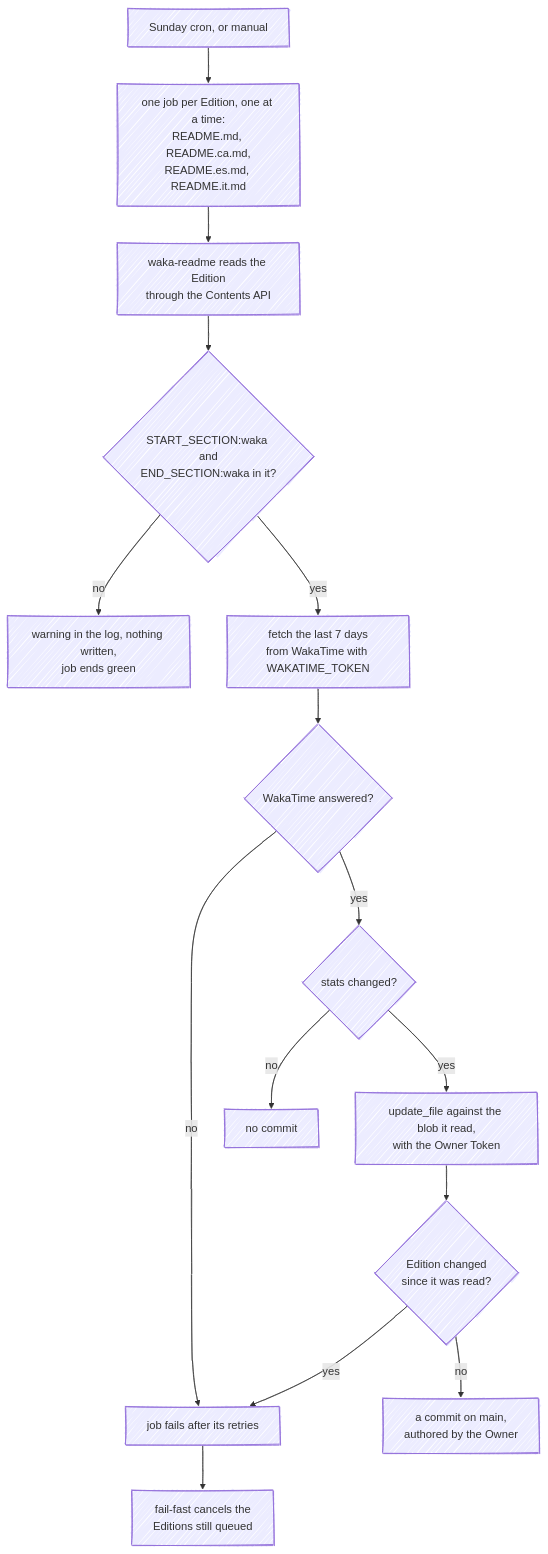
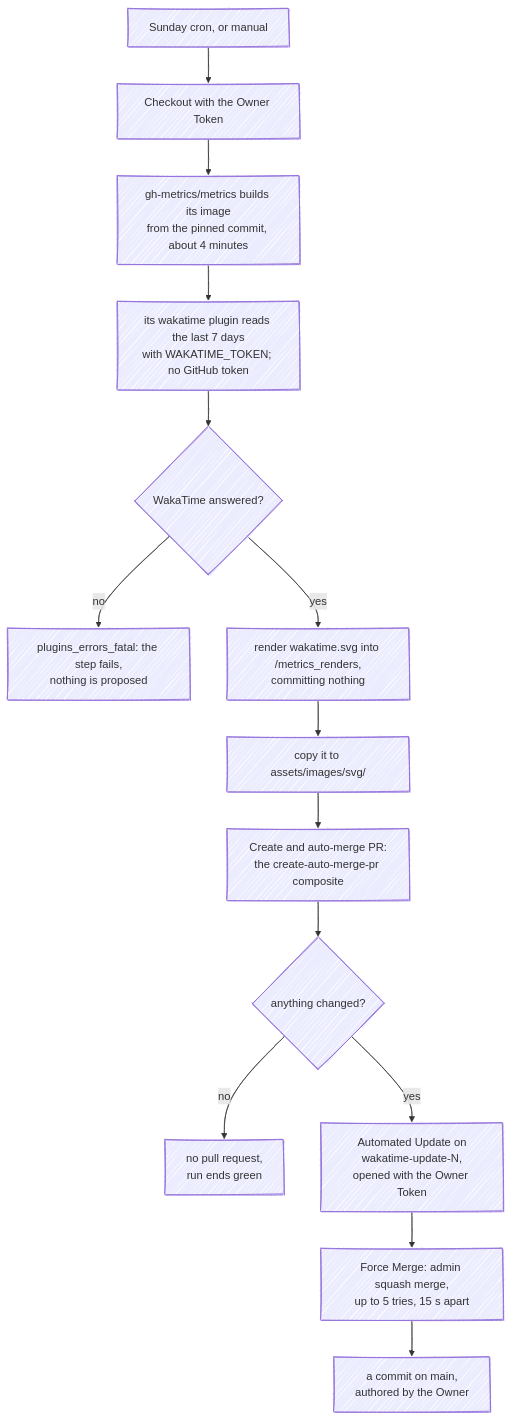
Before and after one commit to fbuireu/fbuireu: the third of 9 diagrams in ARCHITECTURE.md, drawn with Mermaid. The commit also changed other lines of this file and 14 other files, not shown here.

First line of the commit message:
feat: show the WakaTime week as a metrics card instead of waka-readme's language list

````diff
--- a/ARCHITECTURE.md
+++ b/ARCHITECTURE.md
@@ -137,22 +137,21 @@
 ```mermaid
 ---
 config:
   look: handDrawn
   layout: dagre
 ---
 flowchart TD
-    cron["Sunday cron, or manual"] --> matrix["one job per Edition, one at a time:<br/>README.md, README.ca.md,<br/>README.es.md, README.it.md"]
-    matrix --> read["waka-readme reads the Edition<br/>through the Contents API"]
-    read --> marker{"START_SECTION:waka and<br/>END_SECTION:waka in it?"}
-    marker -->|no| silent["warning in the log, nothing written,<br/>job ends green"]
-    marker -->|yes| fetch["fetch the last 7 days<br/>from WakaTime with WAKATIME_TOKEN"]
+    cron["Sunday cron, or manual"] --> checkout["Checkout with the Owner Token"]
+    checkout --> build["gh-metrics/metrics builds its image<br/>from the pinned commit, about 4 minutes"]
+    build --> fetch["its wakatime plugin reads the last 7 days<br/>with WAKATIME_TOKEN; no GitHub token"]
     fetch --> answered{"WakaTime answered?"}
-    answered -->|no| failed["job fails after its retries"]
-    answered -->|yes| changed{"stats changed?"}
-    changed -->|no| unchanged["no commit"]
-    changed -->|yes| commit["update_file against the blob it read,<br/>with the Owner Token"]
-    commit --> stale{"Edition changed<br/>since it was read?"}
-    stale -->|yes| failed
-    stale -->|no| main["a commit on main,<br/>authored by the Owner"]
-    failed --> cancel["fail-fast cancels the<br/>Editions still queued"]
+    answered -->|no| failed["plugins_errors_fatal: the step fails,<br/>nothing is proposed"]
+    answered -->|yes| render["render wakatime.svg into /metrics_renders,<br/>committing nothing"]
+    render --> copy["copy it to assets/images/svg/"]
+    copy --> composite["Create and auto-merge PR:<br/>the create-auto-merge-pr composite"]
+    composite --> diff{"anything changed?"}
+    diff -->|no| none["no pull request,<br/>run ends green"]
+    diff -->|yes| pr["Automated Update on<br/>wakatime-update-N,<br/>opened with the Owner Token"]
+    pr --> merge["Force Merge: admin squash merge,<br/>up to 5 tries, 15 s apart"]
+    merge --> main["a commit on main,<br/>authored by the Owner"]
 ```
````
